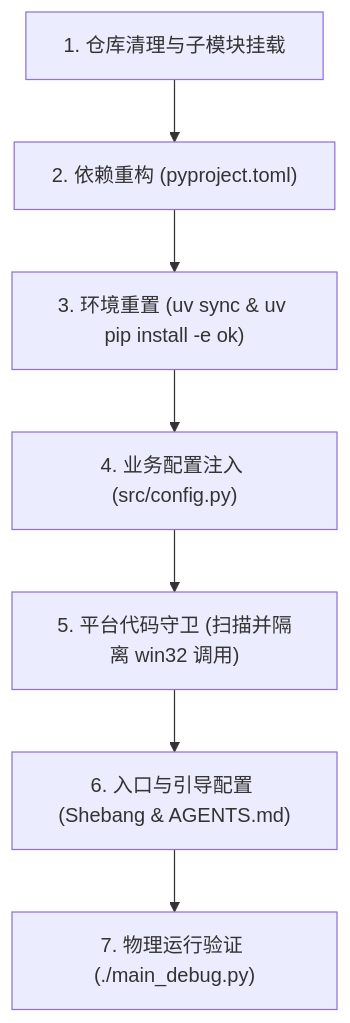
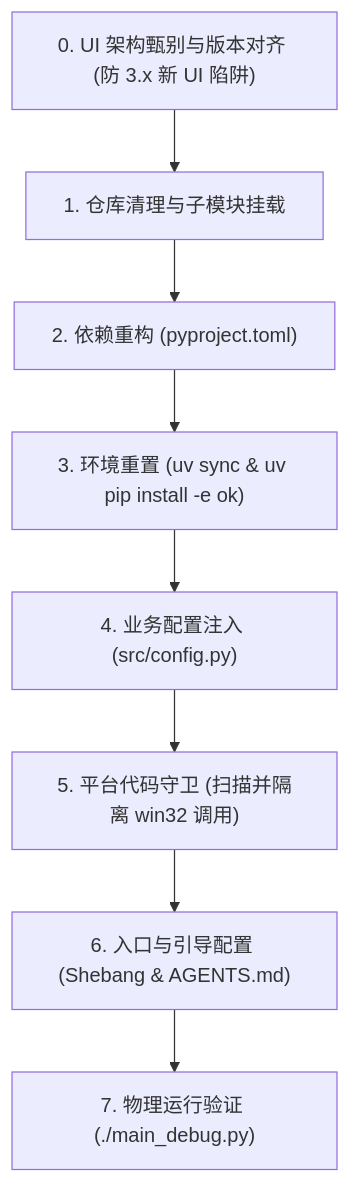
The diagram in docs/porting_guide.md (Viemean/ok-script-linux), drawn with Mermaid before and after one commit. The commit also changed other lines of this file and 5 other files, not shown here.

````diff
--- a/docs/porting_guide.md
+++ b/docs/porting_guide.md
@@ -11,9 +11,10 @@
 ```mermaid
 flowchart TD
-    S1["1. 仓库清理与子模块挂载"] --> S2["2. 依赖重构 (pyproject.toml)"]
+    S0["0. UI 架构甄别与版本对齐 (防 3.x 新 UI 陷阱)"] --> S1["1. 仓库清理与子模块挂载"]
+    S1 --> S2["2. 依赖重构 (pyproject.toml)"]
     S2 --> S3["3. 环境重置 (uv sync & uv pip install -e ok)"]
     S3 --> S4["4. 业务配置注入 (src/config.py)"]
     S4 --> S5["5. 平台代码守卫 (扫描并隔离 win32 调用)"]
     S5 --> S6["6. 入口与引导配置 (Shebang & AGENTS.md)"]
     S6 --> S7["7. 物理运行验证 (./main_debug.py)"]
 ```
````
